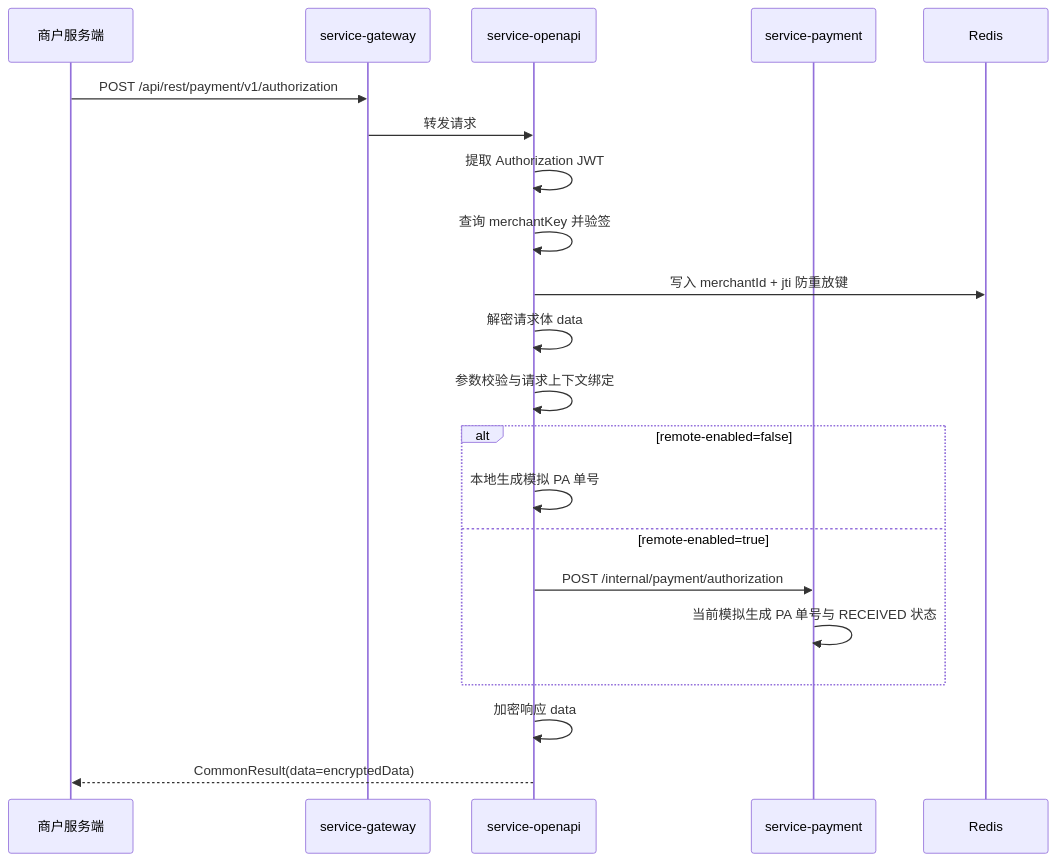
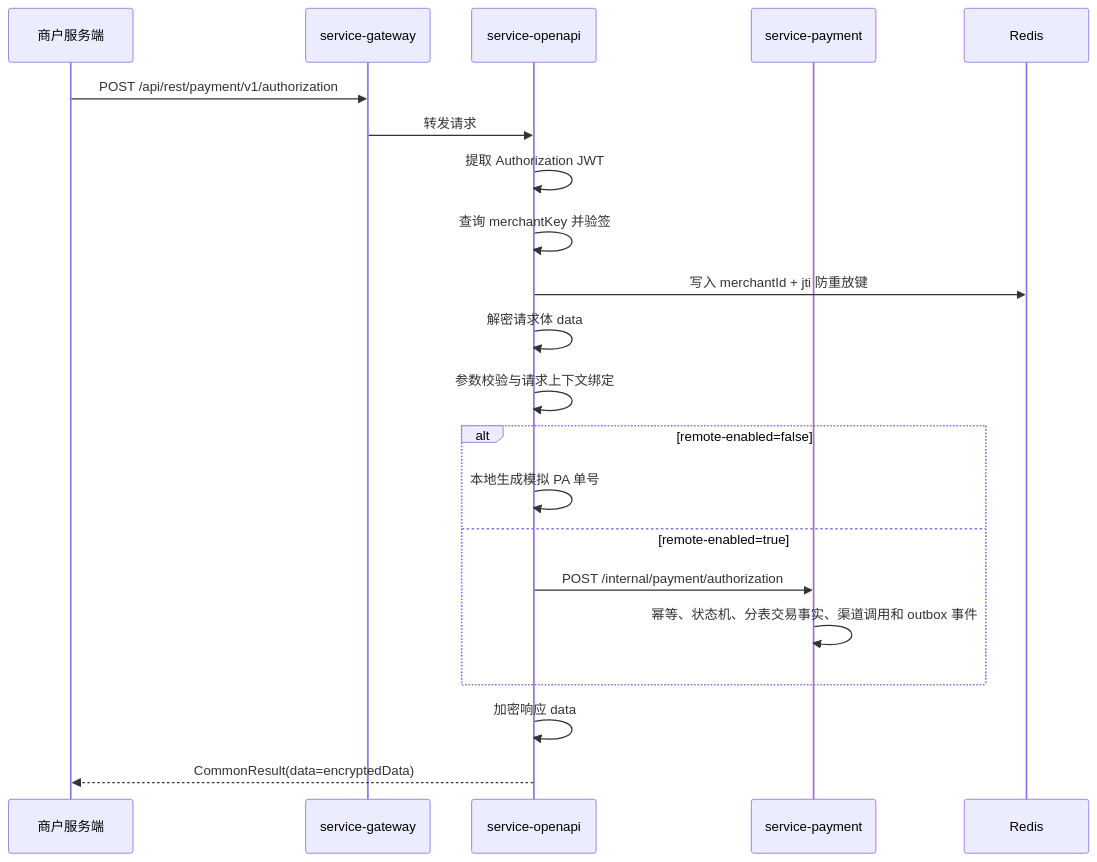
The second of 4 diagrams in docs/architecture/system-architecture.md (wikerx/acquiring-orchestration), drawn with Mermaid before and after one commit. The commit also changed other lines of this file and 233 other files, not shown here.

````diff
--- a/docs/architecture/system-architecture.md
+++ b/docs/architecture/system-architecture.md
@@ -174,24 +181,24 @@
 ```mermaid
 sequenceDiagram
     participant M as 商户服务端
     participant G as service-gateway
     participant O as service-openapi
     participant P as service-payment
     participant R as Redis
 
     M->>G: POST /api/rest/payment/v1/authorization
     G->>O: 转发请求
     O->>O: 提取 Authorization JWT
     O->>O: 查询 merchantKey 并验签
     O->>R: 写入 merchantId + jti 防重放键
     O->>O: 解密请求体 data
     O->>O: 参数校验与请求上下文绑定
     alt remote-enabled=false
         O->>O: 本地生成模拟 PA 单号
     else remote-enabled=true
         O->>P: POST /internal/payment/authorization
-        P->>P: 当前模拟生成 PA 单号与 RECEIVED 状态
+        P->>P: 幂等、状态机、分表交易事实、渠道调用和 outbox 事件
     end
     O->>O: 加密响应 data
     O-->>M: CommonResult(data=encryptedData)
 ```
````
